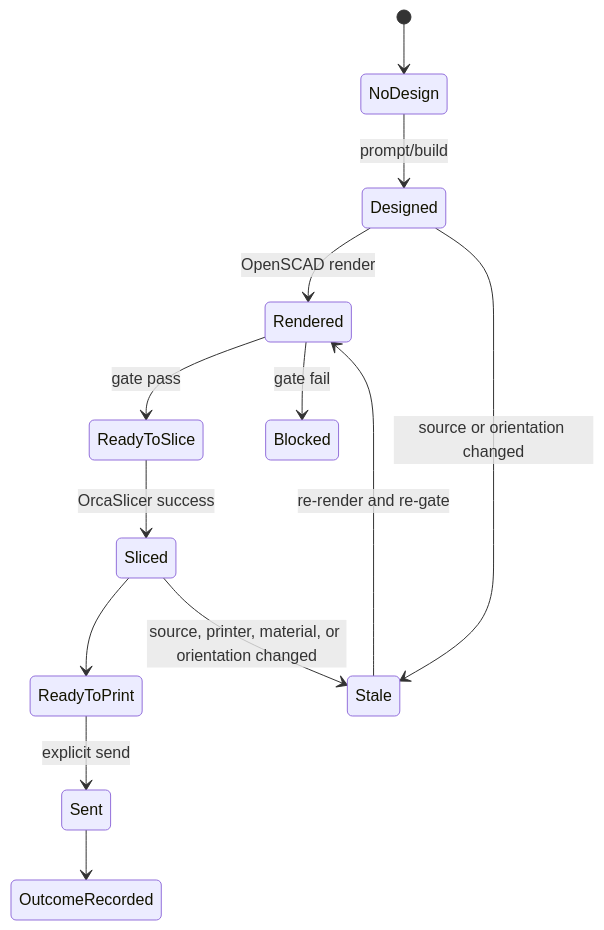
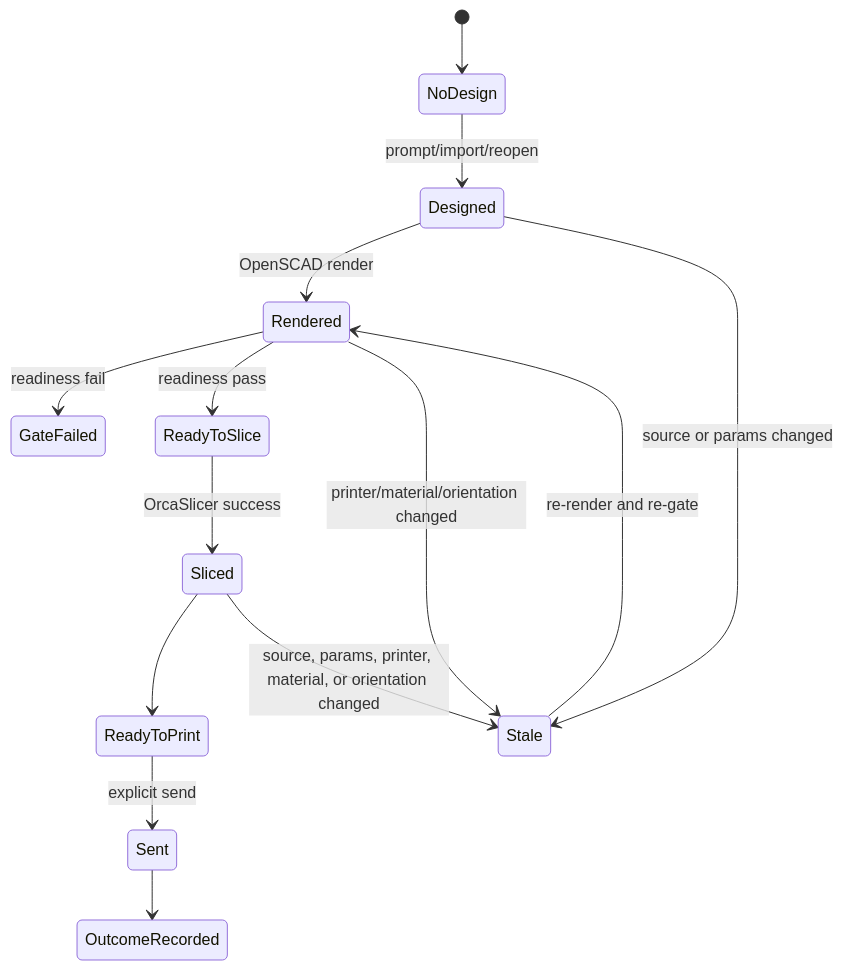
One commit to scottconverse/TinkerQuarry changed the third of 4 diagrams in docs/USER-MANUAL.md. Above: the diagram before and after it, drawn with Mermaid. The commit also changed other lines of this file and 48 other files, not shown here.

````diff
--- a/docs/USER-MANUAL.md
+++ b/docs/USER-MANUAL.md
@@ -403,15 +488,16 @@
 ```mermaid
 stateDiagram-v2
   [*] --> NoDesign
-  NoDesign --> Designed: prompt/build
+  NoDesign --> Designed: prompt/import/reopen
   Designed --> Rendered: OpenSCAD render
-  Rendered --> ReadyToSlice: gate pass
-  Rendered --> Blocked: gate fail
+  Rendered --> GateFailed: readiness fail
+  Rendered --> ReadyToSlice: readiness pass
   ReadyToSlice --> Sliced: OrcaSlicer success
   Sliced --> ReadyToPrint
   ReadyToPrint --> Sent: explicit send
   Sent --> OutcomeRecorded
-  Designed --> Stale: source or orientation changed
-  Sliced --> Stale: source, printer, material, or orientation changed
+  Designed --> Stale: source or params changed
+  Rendered --> Stale: printer/material/orientation changed
+  Sliced --> Stale: source, params, printer, material, or orientation changed
   Stale --> Rendered: re-render and re-gate
 ```
````
